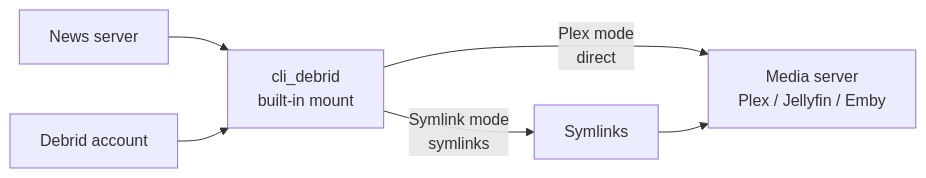
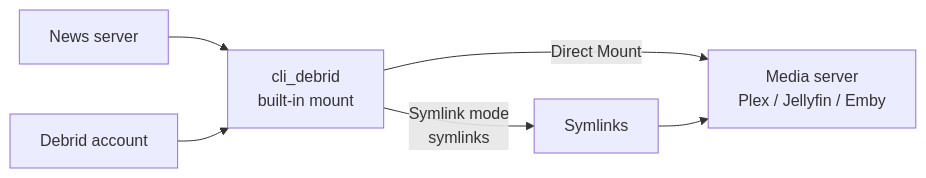
One commit to godver3/cli_docs changed the diagram in docs/integrations/builtin-mount.md. Above: the diagram before and after it, drawn with Mermaid. The commit also changed other lines of this file and 14 other files, not shown here.

First line of the commit message:
Rename Plex mode to Direct Mount

````diff
--- a/docs/integrations/builtin-mount.md
+++ b/docs/integrations/builtin-mount.md
@@ -12,8 +12,8 @@
 ```mermaid
 flowchart LR
     N["News server"] --> E["cli_debrid\nbuilt-in mount"]
     D["Debrid account"] --> E
-    E -->|"Plex mode\ndirect"| M["Media server\nPlex / Jellyfin / Emby"]
+    E -->|"Direct Mount"| M["Media server\nPlex / Jellyfin / Emby"]
     E -->|"Symlink mode\nsymlinks"| S["Symlinks"]
     S --> M
 ```
````
